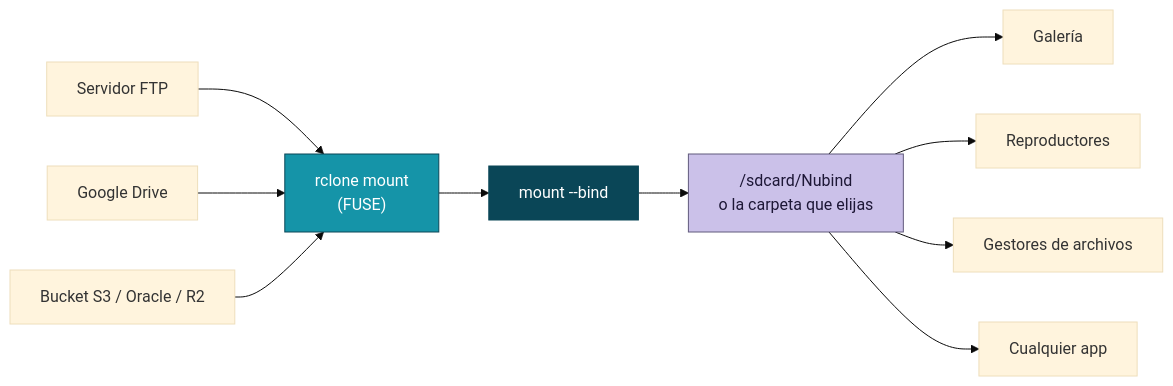
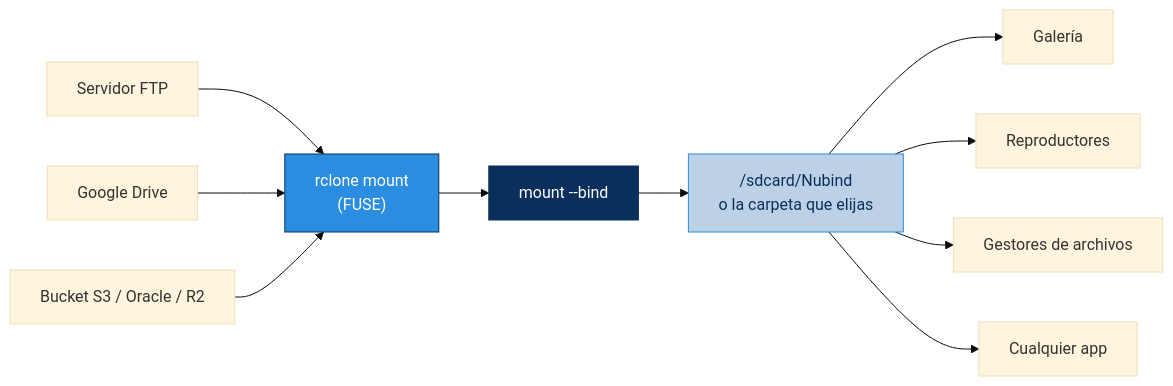
Before and after one commit to lucbondar/nubind: the first of 2 diagrams in README.md, drawn with Mermaid (base theme). The commit also changed other lines of this file and 2 other files, not shown here.

````diff
--- a/README.md
+++ b/README.md
@@ -28,16 +28,16 @@
 ```mermaid
 flowchart LR
     A["Servidor FTP"] --> R
     B["Google Drive"] --> R
     S["Bucket S3 / Oracle / R2"] --> R
     R["rclone mount<br/>(FUSE)"] --> M["mount --bind"]
     M --> C["/sdcard/Nubind<br/>o la carpeta que elijas"]
     C --> D["Galería"]
     C --> E["Reproductores"]
     C --> F["Gestores de archivos"]
     C --> G["Cualquier app"]
 
-    style R fill:#1594A8,color:#fff,stroke:#0A4657
-    style M fill:#0A4657,color:#fff,stroke:#0A4657
-    style C fill:#CBC1E9,color:#1D1736,stroke:#615A7D
+    style R fill:#2A8DE0,color:#fff,stroke:#0A2F5C
+    style M fill:#0A2F5C,color:#fff,stroke:#0A2F5C
+    style C fill:#BCD1E6,color:#0A2F5C,stroke:#2A8DE0
 ```
````
